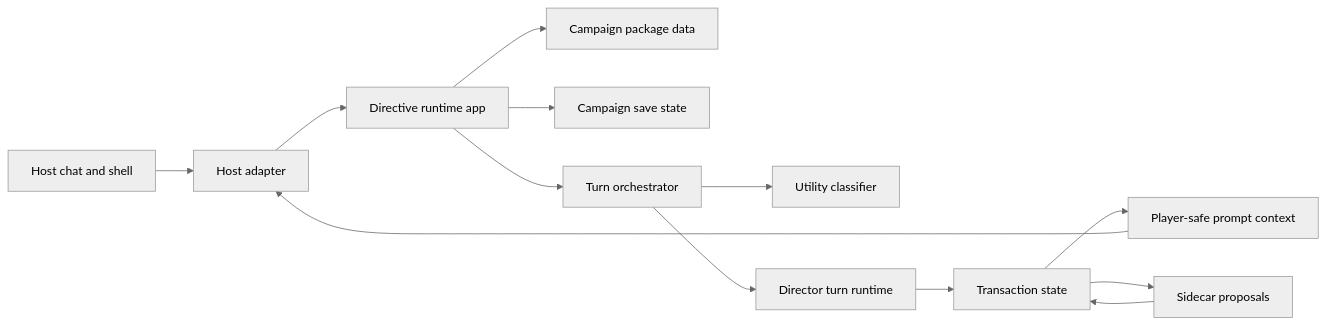
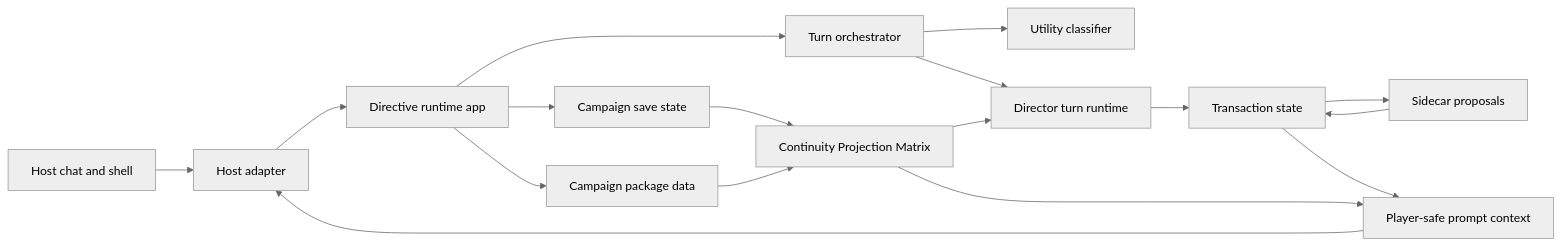
Before and after one commit to MentallyQuill/Directive: the first of 4 diagrams in docs/technical/DIRECTIVE_TECHNICAL_MANUAL.md, drawn with Mermaid (neutral theme). The commit also changed other lines of this file and 144 other files, not shown here.

Commit message:
Refactor runtime and UI flows for pre-alpha extension

````diff
--- a/docs/technical/DIRECTIVE_TECHNICAL_MANUAL.md
+++ b/docs/technical/DIRECTIVE_TECHNICAL_MANUAL.md
@@ -50,15 +51,19 @@
 ```mermaid
 flowchart LR
   Host["Host chat and shell"] --> Adapter["Host adapter"]
   Adapter --> Runtime["Directive runtime app"]
   Runtime --> Packages["Campaign package data"]
   Runtime --> State["Campaign save state"]
   Runtime --> Turns["Turn orchestrator"]
   Turns --> Utility["Utility classifier"]
   Turns --> Director["Director turn runtime"]
   Director --> Transaction["Transaction state"]
   Transaction --> Prompt["Player-safe prompt context"]
+  State --> Matrix["Continuity Projection Matrix"]
+  Packages --> Matrix
+  Matrix --> Prompt
+  Matrix --> Director
   Transaction --> Sidecars["Sidecar proposals"]
   Prompt --> Adapter
   Sidecars --> Transaction
 ```
````
